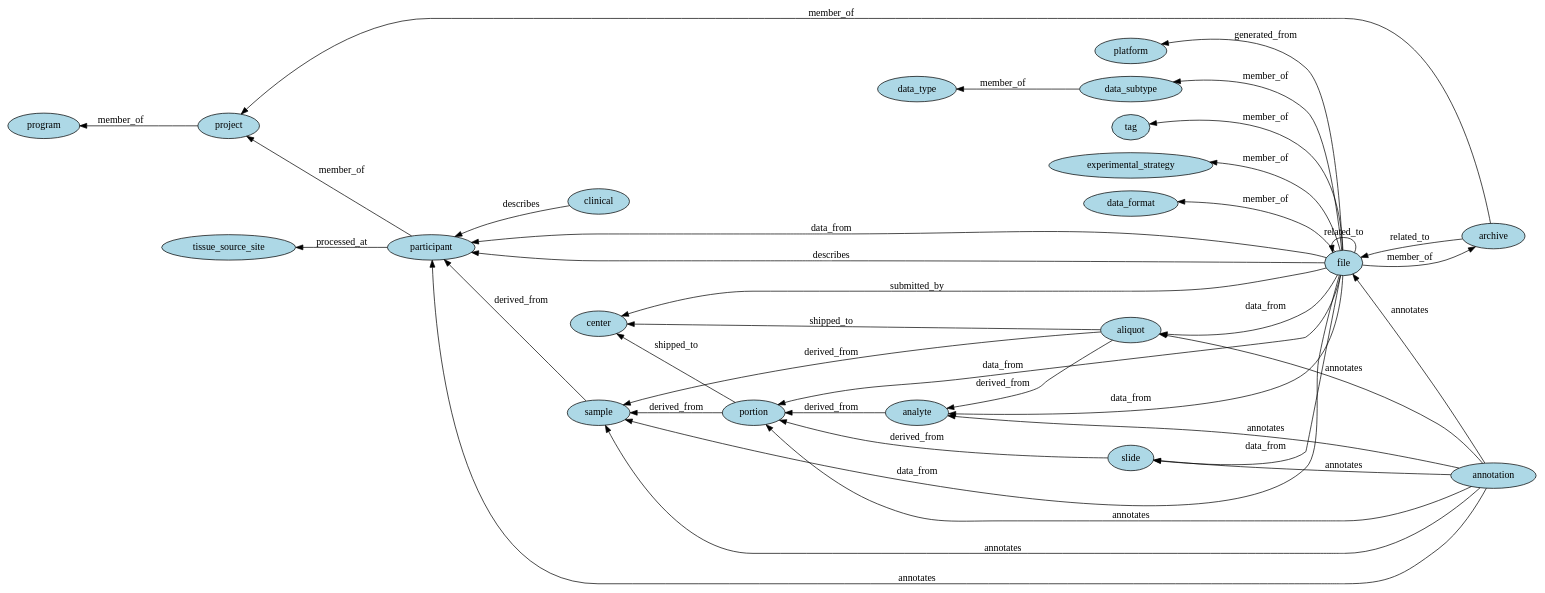
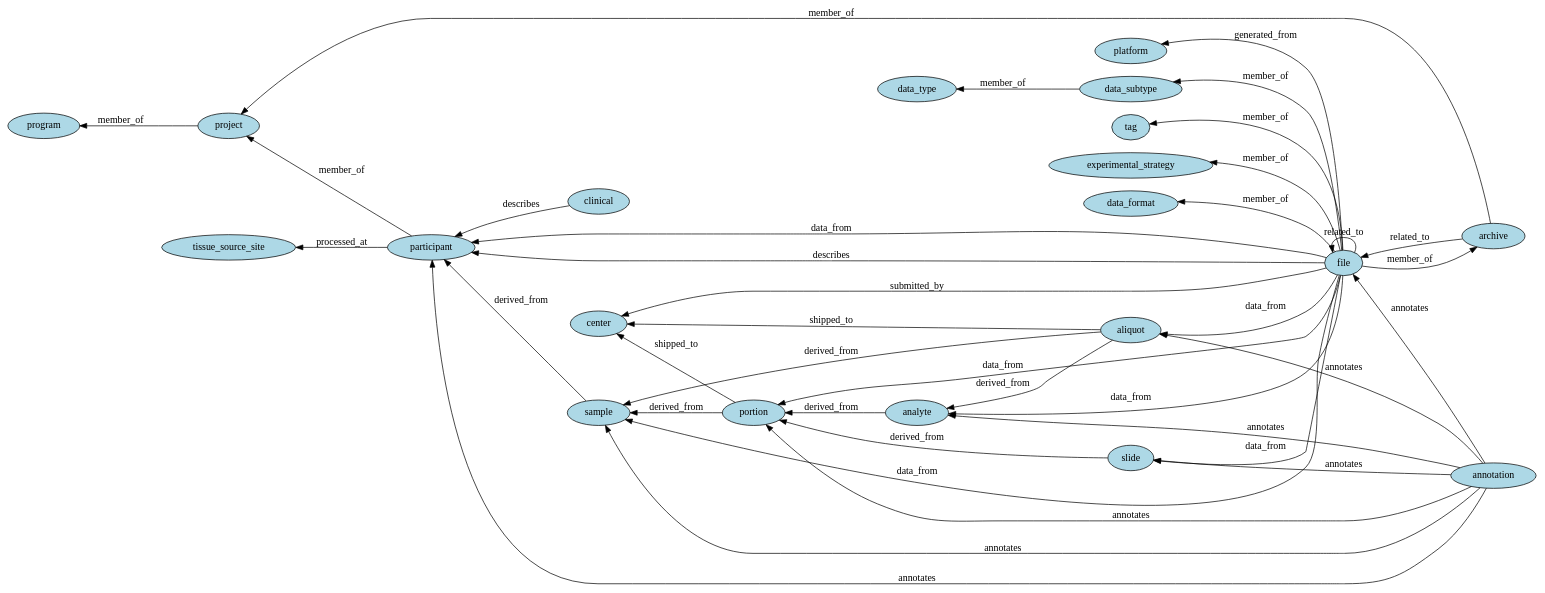
The diagram in docs/viz/gdc_data_model.gv (NCI-GDC/gdcdatamodel), drawn with Graphviz before and after one commit. The commit also changed other lines of this file and 5 other files, not shown here.

Commit message:
update graphviz generation

```diff
--- a/docs/viz/gdc_data_model.gv
+++ b/docs/viz/gdc_data_model.gv
@@ -1,62 +1,62 @@
 // High level graph representation of GDC data model
 digraph {
 	graph [rankdir=RL]
 	node [fillcolor=lightblue style=filled]
+		participant [label=participant]
 		aliquot [label=aliquot]
+		program [label=program]
+		project [label=project]
+		clinical [label=clinical]
+		center [label=center]
+		sample [label=sample]
+		portion [label=portion]
 		analyte [label=analyte]
-		portion [label=portion]
-		sample [label=sample]
-		participant [label=participant]
-		project [label=project]
-		program [label=program]
-		center [label=center]
+		slide [label=slide]
+		file [label=file]
+		annotation [label=annotation]
+		archive [label=archive]
+		tissue_source_site [label=tissue_source_site]
 		platform [label=platform]
 		data_type [label=data_type]
 		data_subtype [label=data_subtype]
 		tag [label=tag]
 		experimental_strategy [label=experimental_strategy]
 		data_format [label=data_format]
-		file [label=file]
-		archive [label=archive]
-		annotation [label=annotation]
-		clinical [label=clinical]
-		slide [label=slide]
-		tissue_source_site [label=tissue_source_site]
 			aliquot -> analyte [label=derived_from]
 			aliquot -> sample [label=derived_from]
 			analyte -> portion [label=derived_from]
 			portion -> sample [label=derived_from]
 			sample -> participant [label=derived_from]
 			slide -> portion [label=derived_from]
+			file -> file [label=related_to]
+			archive -> file [label=related_to]
 			participant -> project [label=member_of]
 			project -> program [label=member_of]
 			archive -> project [label=member_of]
 			file -> archive [label=member_of]
 			file -> experimental_strategy [label=member_of]
 			file -> data_subtype [label=member_of]
 			file -> data_format [label=member_of]
 			file -> tag [label=member_of]
 			data_subtype -> data_type [label=member_of]
 			participant -> tissue_source_site [label=processed_at]
 			file -> platform [label=generated_from]
 			file -> aliquot [label=data_from]
 			file -> analyte [label=data_from]
 			file -> portion [label=data_from]
 			file -> sample [label=data_from]
 			file -> participant [label=data_from]
 			file -> slide [label=data_from]
-			file -> file [label=related_to]
-			archive -> file [label=related_to]
 			file -> participant [label=describes]
 			clinical -> participant [label=describes]
 			annotation -> participant [label=annotates]
 			annotation -> sample [label=annotates]
 			annotation -> slide [label=annotates]
 			annotation -> portion [label=annotates]
 			annotation -> analyte [label=annotates]
 			annotation -> aliquot [label=annotates]
 			annotation -> file [label=annotates]
 			aliquot -> center [label=shipped_to]
 			portion -> center [label=shipped_to]
 			file -> center [label=submitted_by]
 }
```
